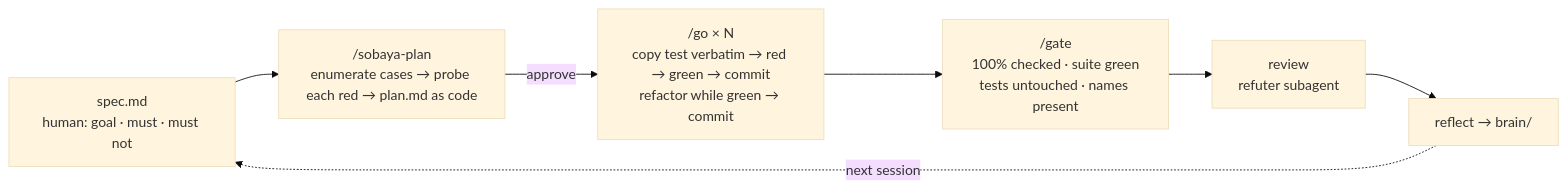
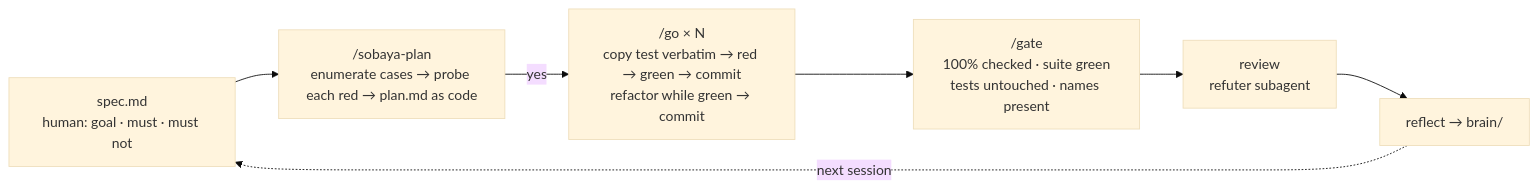
One commit to team-poem/sobaya changed the diagram in README.md. Above: the diagram before and after it, drawn with Mermaid (base theme). The commit also changed other lines of this file and 3 other files, not shown here.

````diff
--- a/README.md
+++ b/README.md
@@ -27,9 +27,9 @@
 ```mermaid
 flowchart LR
     S["spec.md<br>human: goal · must · must not"] --> P["/sobaya-plan<br>enumerate cases → probe each red → plan.md as code"]
-    P -- approve --> G["/go × N<br>copy test verbatim → red → green → commit<br>refactor while green → commit"]
+    P -- yes --> G["/go × N<br>copy test verbatim → red → green → commit<br>refactor while green → commit"]
     G --> T["/gate<br>100% checked · suite green<br>tests untouched · names present"]
     T --> R["review<br>refuter subagent"]
     R --> F["reflect → brain/"]
     F -. next session .-> S
 ```
````
